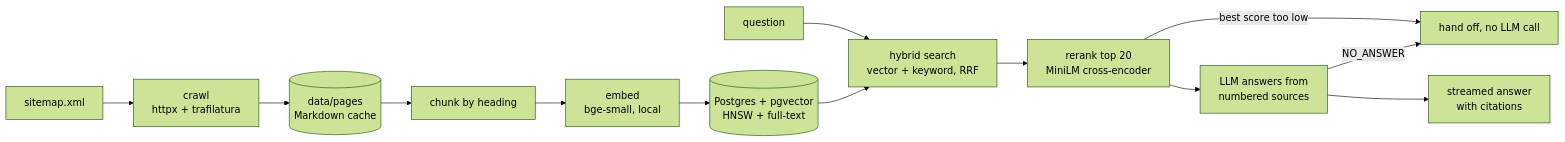
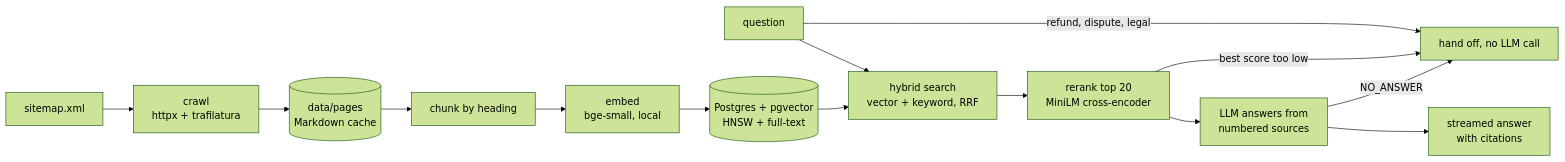
Before and after one commit to DecodeDebangi/askdocs: the diagram in README.md, drawn with Mermaid (forest theme). The commit also changed other lines of this file and 6 other files, not shown here.

````diff
--- a/README.md
+++ b/README.md
@@ -11,15 +11,16 @@
 ```mermaid
 flowchart LR
   S[sitemap.xml] --> C[crawl<br/>httpx + trafilatura]
   C --> P[(data/pages<br/>Markdown cache)]
   P --> K[chunk by heading]
   K --> E[embed<br/>bge-small, local]
   E --> DB[(Postgres + pgvector<br/>HNSW + full-text)]
   Q[question] --> H[hybrid search<br/>vector + keyword, RRF]
   DB --> H
   H --> R[rerank top 20<br/>MiniLM cross-encoder]
+  Q -->|refund, dispute, legal| X
   R -->|best score too low| X[hand off, no LLM call]
   R --> L[LLM answers from<br/>numbered sources]
   L -->|NO_ANSWER| X
   L --> A[streamed answer<br/>with citations]
 ```
````
